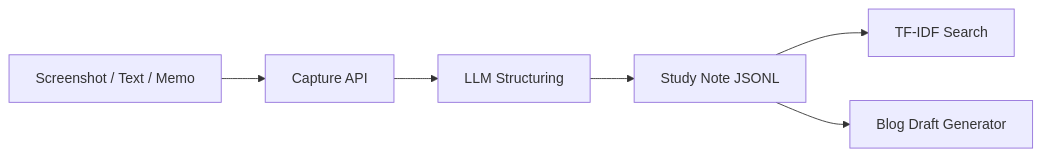
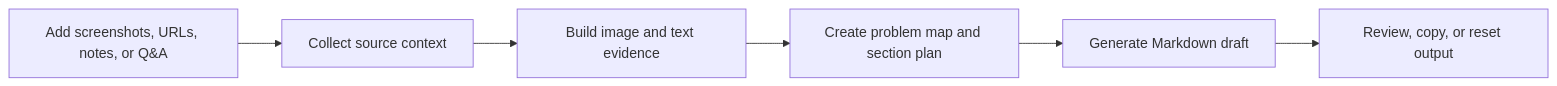
The second of 2 diagrams in README.md (onekindalpha/ai-study-documentation-agent), drawn with Mermaid before and after one commit. The commit also changed other lines of this file and 2 other files, not shown here.

````diff
--- a/README.md
+++ b/README.md
@@ -29,8 +104,8 @@
 ```mermaid
 flowchart LR
-  A["Screenshot / Text / Memo"] --> B["Capture API"]
-  B --> C["LLM Structuring"]
-  C --> D["Study Note JSONL"]
-  D --> E["TF-IDF Search"]
-  D --> F["Blog Draft Generator"]
+    A["Add screenshots, URLs, notes, or Q&A"] --> B["Collect source context"]
+    B --> C["Build image and text evidence"]
+    C --> D["Create problem map and section plan"]
+    D --> E["Generate Markdown draft"]
+    E --> F["Review, copy, or reset output"]
 ```
````
